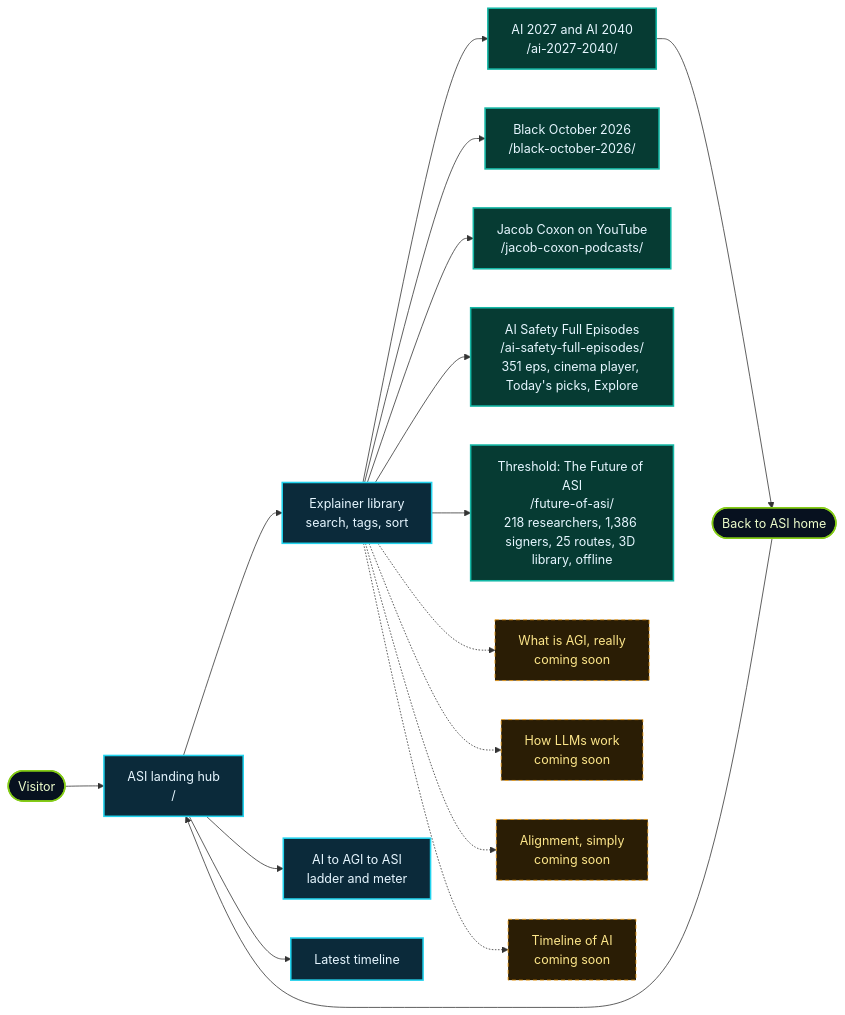
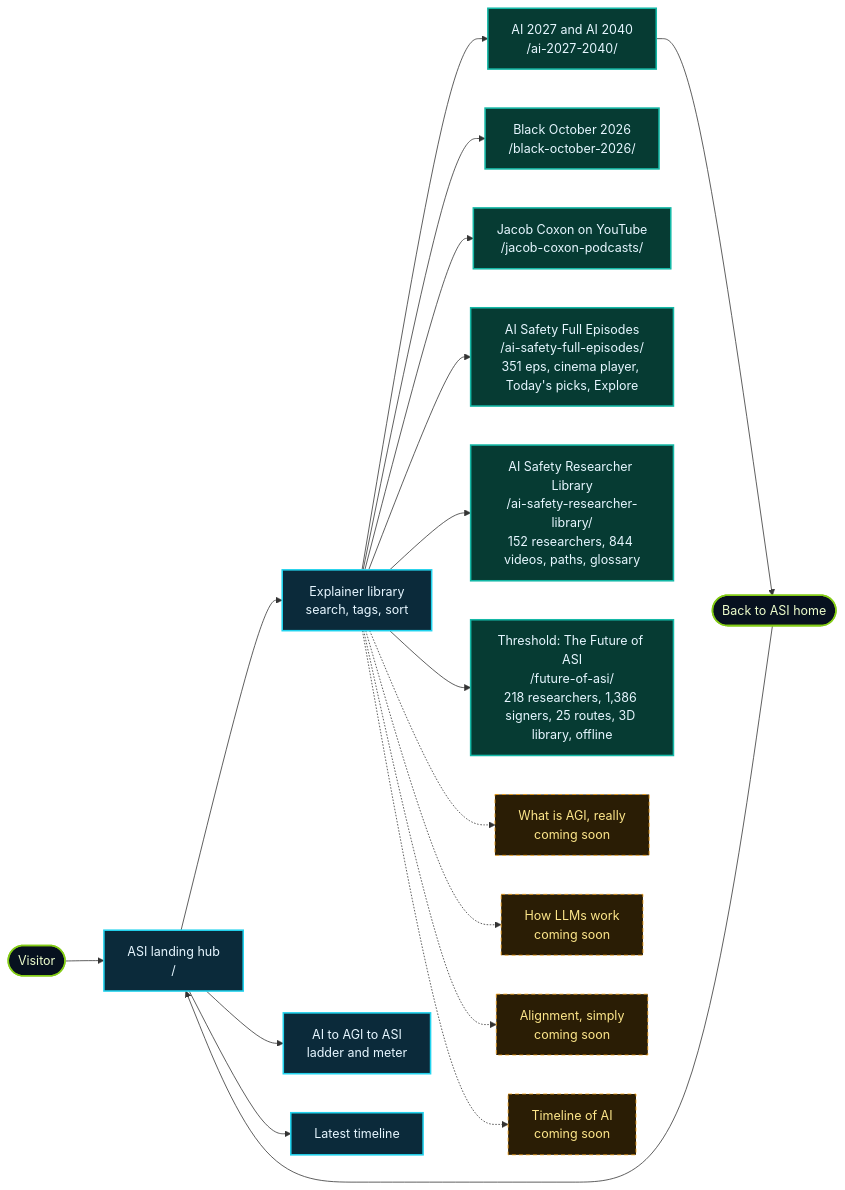
Before and after one commit to lo3elyon/ASI: the first of 15 diagrams in README.md, drawn with Mermaid. The commit also changed other lines of this file, not shown here.

Commit message:
README: document the new AI Safety Researcher Library route (badges, flowchart, routes table, deep dive, tree, changelog)

````diff
--- a/README.md
+++ b/README.md
@@ -71,26 +73,27 @@
 ```mermaid
 flowchart LR
     V(["Visitor"]) --> H["ASI landing hub<br/>/"]
     H --> L["Explainer library<br/>search, tags, sort"]
     H --> G["AI to AGI to ASI<br/>ladder and meter"]
     H --> T["Latest timeline"]
     L --> E1["AI 2027 and AI 2040<br/>/ai-2027-2040/"]
     L --> E6["Black October 2026<br/>/black-october-2026/"]
     L --> E7["Jacob Coxon on YouTube<br/>/jacob-coxon-podcasts/"]
     L --> E8["AI Safety Full Episodes<br/>/ai-safety-full-episodes/<br/>351 eps, cinema player, Today's picks, Explore"]
+    L --> E10["AI Safety Researcher Library<br/>/ai-safety-researcher-library/<br/>152 researchers, 844 videos, paths, glossary"]
     L --> E9["Threshold: The Future of ASI<br/>/future-of-asi/<br/>218 researchers, 1,386 signers, 25 routes, 3D library, offline"]
     L -.-> E2["What is AGI, really<br/>coming soon"]
     L -.-> E3["How LLMs work<br/>coming soon"]
     L -.-> E4["Alignment, simply<br/>coming soon"]
     L -.-> E5["Timeline of AI<br/>coming soon"]
     E1 --> B(["Back to ASI home"])
     B --> H
     classDef hub fill:#0b2a3a,stroke:#22d3ee,stroke-width:2px,color:#e6f6ff
     classDef live fill:#063b33,stroke:#14b8a6,stroke-width:2px,color:#e6f6ff
     classDef soon fill:#2a1d05,stroke:#f59e0b,stroke-dasharray:5 4,color:#fde68a
     classDef user fill:#07111f,stroke:#84cc16,stroke-width:2px,color:#ecfccb
     class H,L,G,T hub
-    class E1,E6,E7,E8,E9 live
+    class E1,E6,E7,E8,E9,E10 live
     class E2,E3,E4,E5 soon
     class V,B user
 ```
````
